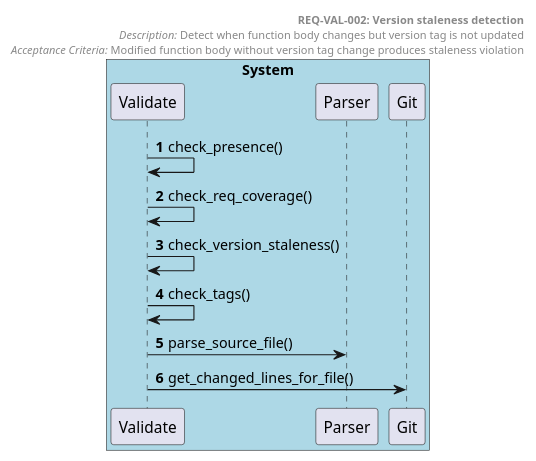
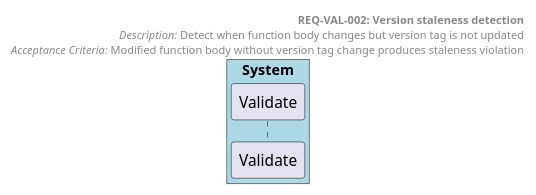
Before and after one commit to tvanfossen/doxygen-guard: the diagram in docs/generated/sequences/REQ-VAL-002.puml, drawn with PlantUML. The commit also changed 35 other files, not shown here.

First line of the commit message:
Add tree-sitter AST pipeline for behavioral sequence diagrams

```diff
--- a/docs/generated/sequences/REQ-VAL-002.puml
+++ b/docs/generated/sequences/REQ-VAL-002.puml
@@ -1,24 +1,15 @@
 @startuml REQ-VAL-002 Version staleness detection
 autonumber
 
 box "System" #LightBlue
   participant "Validate" as Validate
-  participant "Parser" as Parser
-  participant "Git" as Git
 end box
 
 header
   **REQ-VAL-002: Version staleness detection**
   //Description:// Detect when function body changes but version tag is not updated
   //Acceptance Criteria:// Modified function body without version tag change produces staleness violation
 end header
 
 
-Validate -> Validate: check_presence()
-Validate -> Validate: check_req_coverage()
-Validate -> Validate: check_version_staleness()
-Validate -> Validate: check_tags()
-Validate -> Parser: parse_source_file()
-Validate -> Git: get_changed_lines_for_file()
-
 @enduml
```
